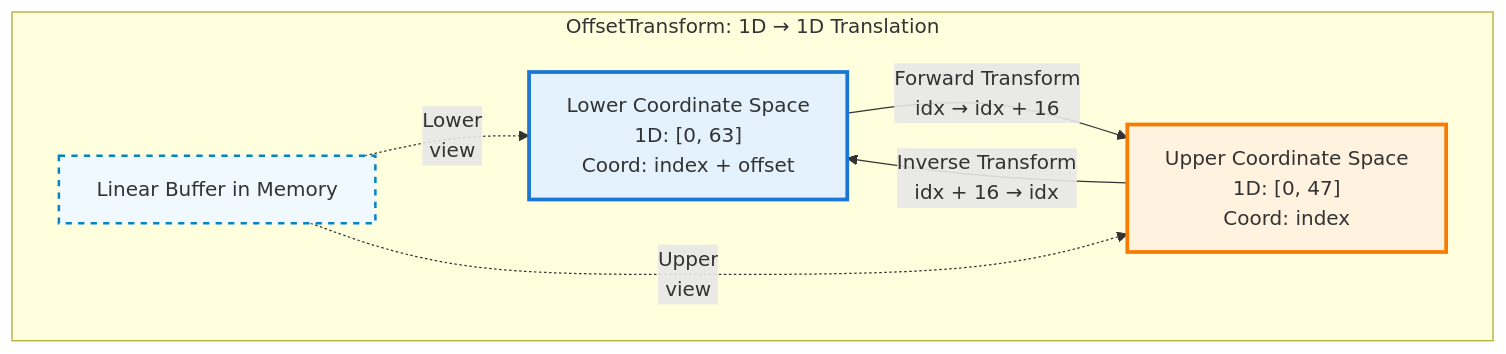
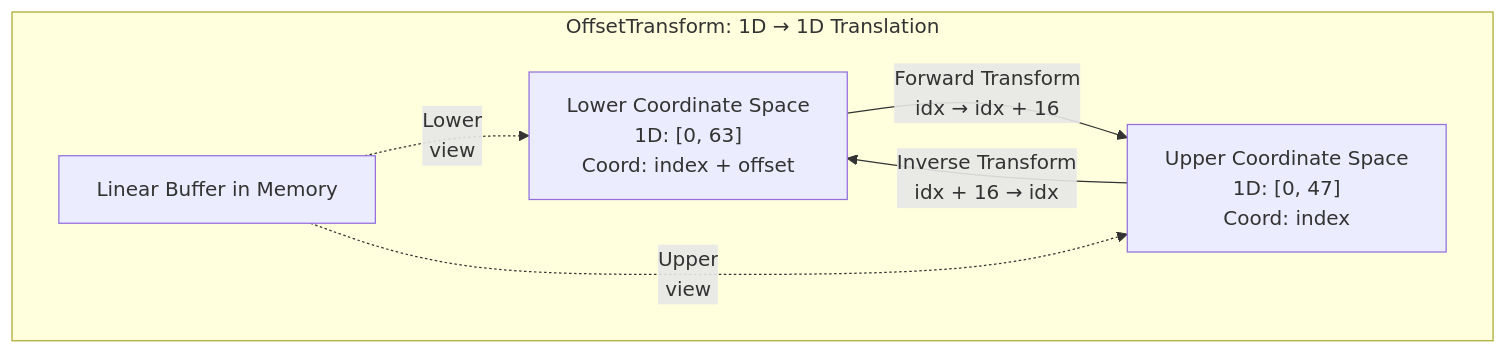
One commit to hdt98/rocm-libraries changed the seventh of 12 diagrams in projects/composablekernel/docs/conceptual/ck_tile/transforms.rst. Above: the diagram before and after it, drawn with Mermaid. The commit also changed other lines of this file and 21 other files, not shown here.

First line of the commit message:
[ck] Updated CK Tile documentation to use mermaid diagrams (#7955)

```diff
--- a/projects/composablekernel/docs/conceptual/ck_tile/transforms.rst
+++ b/projects/composablekernel/docs/conceptual/ck_tile/transforms.rst
@@ -412,19 +321,15 @@
-      .. mermaid::
-      
-         graph TB
-             subgraph "OffsetTransform: 1D → 1D Translation"
-                 LS["Lower Coordinate Space<br/>1D: [0, 63]<br/>Coord: index + offset"]
-                 US["Upper Coordinate Space<br/>1D: [0, 47]<br/>Coord: index"]
-                 
-                 DATA["Linear Buffer in Memory"]
-             end
-             
-             LS -->|"Forward Transform<br/>idx → idx + 16"| US
-             US -->|"Inverse Transform<br/>idx + 16 → idx"| LS
-             
-             DATA -.->|"Lower<br/>view"| LS
-             DATA -.->|"Upper<br/>view"| US
-             
-             style LS fill:#e3f2fd,stroke:#1976d2,stroke-width:3px
-             style US fill:#fff3e0,stroke:#f57c00,stroke-width:3px
-             style DATA fill:#f0f9ff,stroke:#0284c7,stroke-width:2px,stroke-dasharray: 5 5
+.. mermaid::
+
+   graph TB
+       subgraph "OffsetTransform: 1D → 1D Translation"
+           LS["Lower Coordinate Space<br/>1D: [0, 63]<br/>Coord: index + offset"]
+           US["Upper Coordinate Space<br/>1D: [0, 47]<br/>Coord: index"]
+
+           DATA["Linear Buffer in Memory"]
+       end
+
+       LS -->|"Forward Transform<br/>idx → idx + 16"| US
+       US -->|"Inverse Transform<br/>idx + 16 → idx"| LS
+
+       DATA -.->|"Lower<br/>view"| LS
+       DATA -.->|"Upper<br/>view"| US
```
